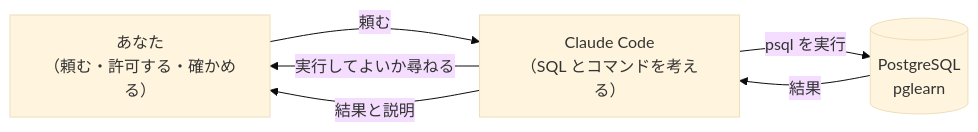
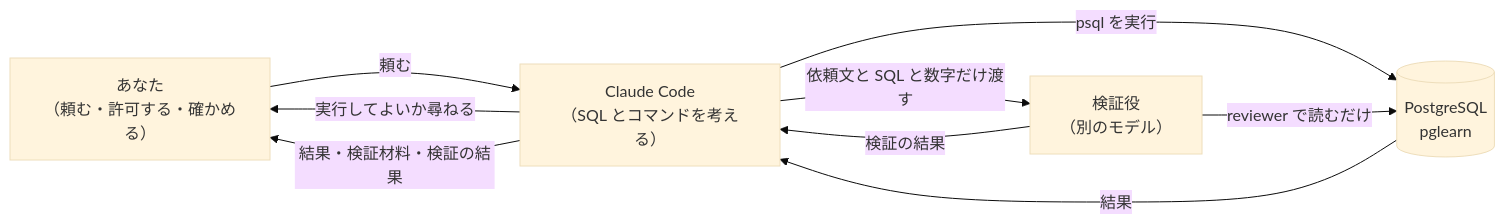
One commit to bsfukushi/PostgreSQL_Learning changed the diagram in src/vol1/v1_05_before-claude-code.md. Above: the diagram before and after it, drawn with Mermaid (base theme). The commit also changed other lines of this file and 9 other files, not shown here.

````diff
--- a/src/vol1/v1_05_before-claude-code.md
+++ b/src/vol1/v1_05_before-claude-code.md
@@ -24,8 +25,11 @@
 ```mermaid
 flowchart LR
     you["あなた<br/>（頼む・許可する・確かめる）"] -->|頼む| cc["Claude Code<br/>（SQL とコマンドを考える）"]
     cc -->|"実行してよいか尋ねる"| you
     cc -->|"psql を実行"| pg[("PostgreSQL<br/>pglearn")]
     pg -->|結果| cc
-    cc -->|"結果と説明"| you
+    cc -->|"依頼文と SQL と数字だけ渡す"| ck["検証役<br/>（別のモデル）"]
+    ck -->|"reviewer で読むだけ"| pg
+    ck -->|"検証の結果"| cc
+    cc -->|"結果・検証材料・検証の結果"| you
 ```
````
